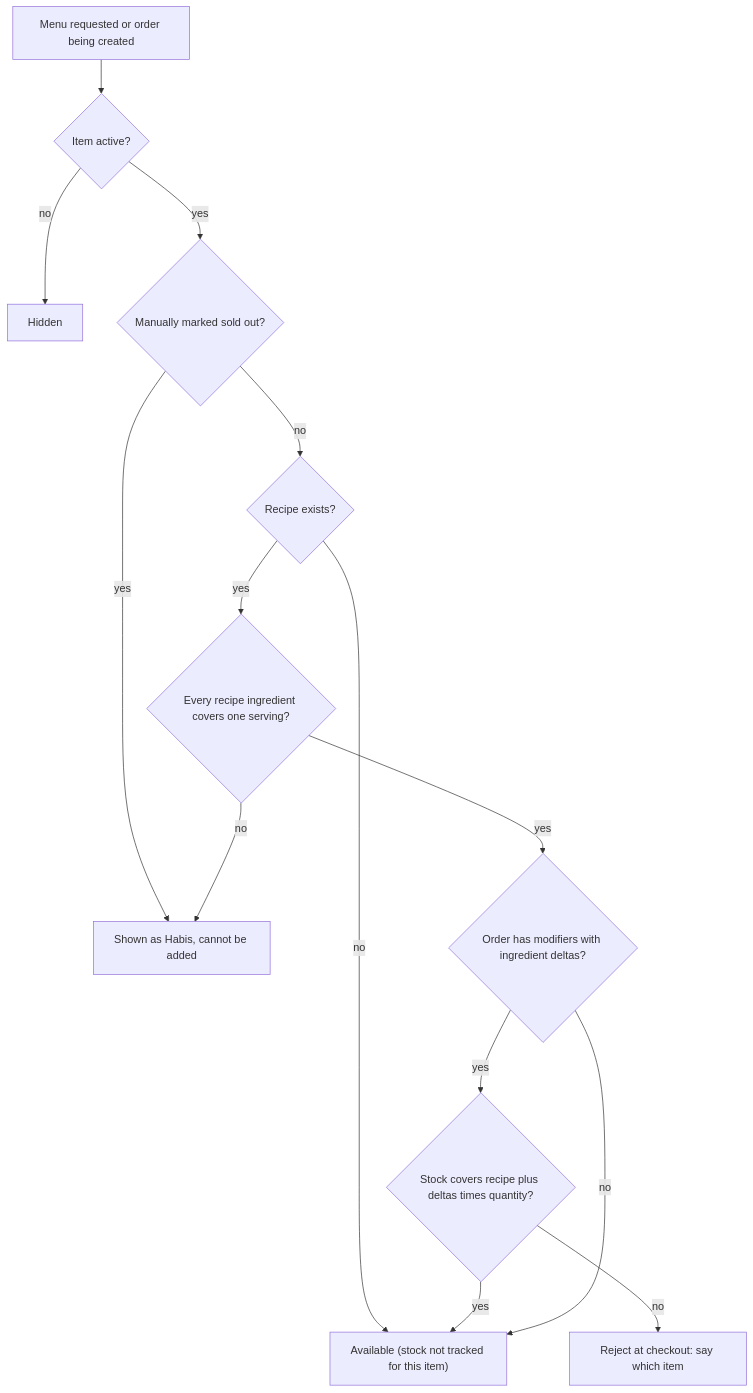
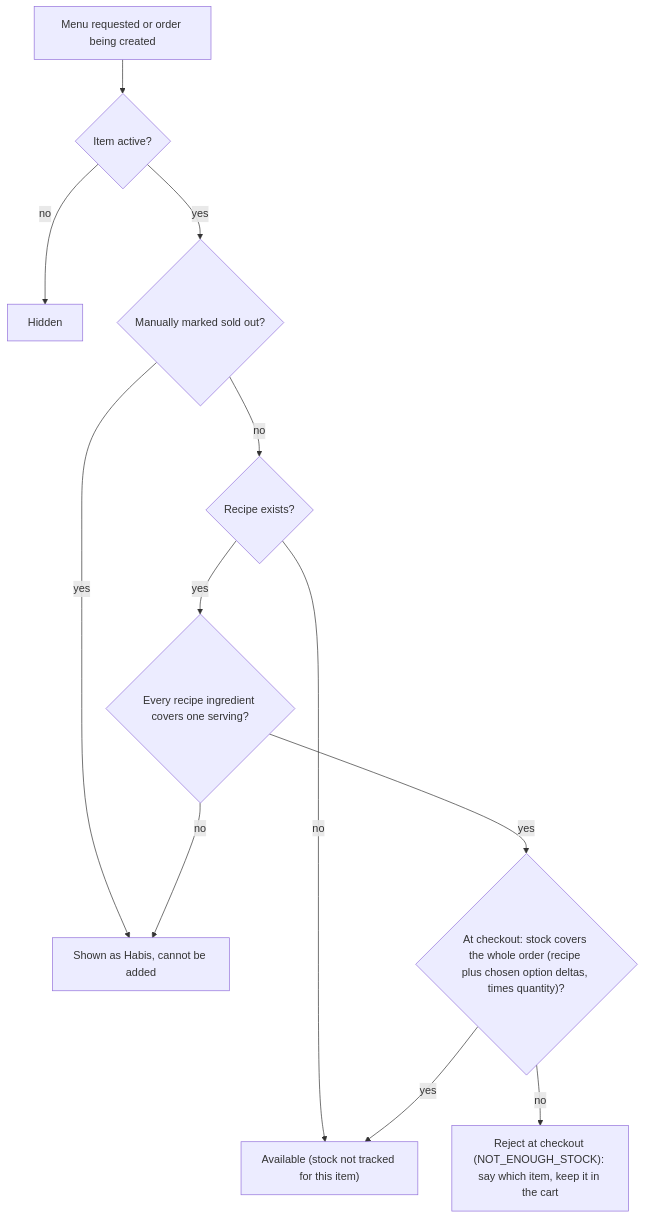
Before and after one commit to AndikaAryaBagusM/BinaryBrew: the seventh of 12 diagrams in docs/03-app-flow.md, drawn with Mermaid. The commit also changed other lines of this file and 23 other files, not shown here.

First line of the commit message:
feat(p2-03): hide items stock cannot cover and check whole orders

````diff
--- a/docs/03-app-flow.md
+++ b/docs/03-app-flow.md
@@ -187,16 +187,14 @@
 ```mermaid
 flowchart TD
   A["Menu requested or order being created"] --> B{"Item active?"}
   B -- "no" --> X["Hidden"]
   B -- "yes" --> C{"Manually marked sold out?"}
   C -- "yes" --> Y["Shown as Habis, cannot be added"]
   C -- "no" --> D{"Recipe exists?"}
   D -- "no" --> OK["Available (stock not tracked for this item)"]
   D -- "yes" --> E{"Every recipe ingredient covers one serving?"}
   E -- "no" --> Y
-  E -- "yes" --> F{"Order has modifiers with ingredient deltas?"}
-  F -- "yes" --> G{"Stock covers recipe plus deltas times quantity?"}
-  G -- "no" --> Z["Reject at checkout: say which item"]
+  E -- "yes" --> G{"At checkout: stock covers the whole order (recipe plus chosen option deltas, times quantity)?"}
+  G -- "no" --> Z["Reject at checkout (NOT_ENOUGH_STOCK): say which item, keep it in the cart"]
   G -- "yes" --> OK
-  F -- "no" --> OK
 ```
````
